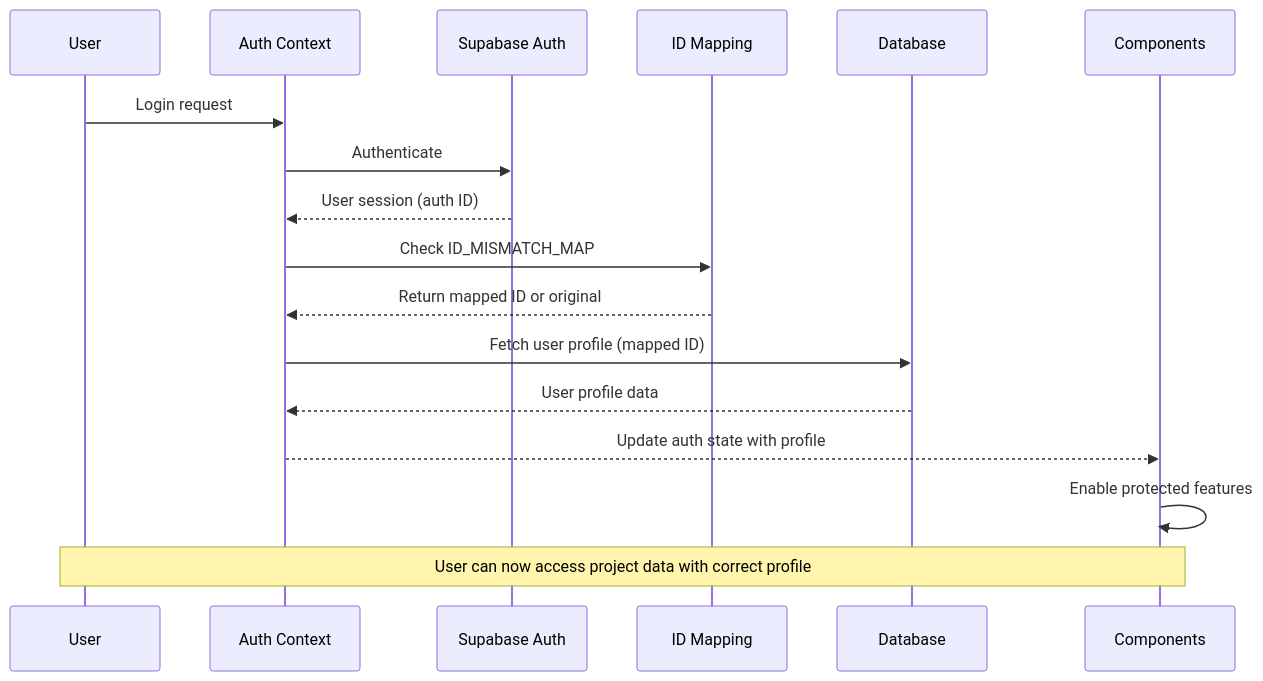
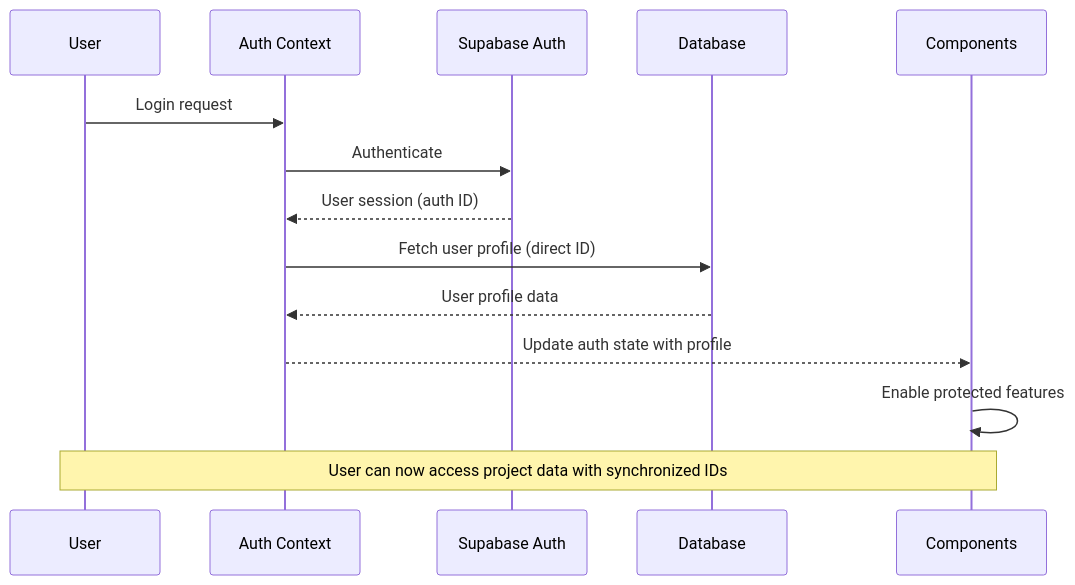
One commit to tongvtdan/apillis-mfg changed the tenth of 10 diagrams in docs/project-management-system/component-architecture.md. Above: the diagram before and after it, drawn with Mermaid. The commit also changed other lines of this file and 23 other files, not shown here.

````diff
--- a/docs/project-management-system/component-architecture.md
+++ b/docs/project-management-system/component-architecture.md
@@ -390,21 +390,18 @@
 ```mermaid
 sequenceDiagram
     participant U as User
     participant A as Auth Context
     participant S as Supabase Auth
-    participant M as ID Mapping
     participant DB as Database
     participant C as Components
     
     U->>A: Login request
     A->>S: Authenticate
     S-->>A: User session (auth ID)
-    A->>M: Check ID_MISMATCH_MAP
-    M-->>A: Return mapped ID or original
-    A->>DB: Fetch user profile (mapped ID)
+    A->>DB: Fetch user profile (direct ID)
     DB-->>A: User profile data
     A-->>C: Update auth state with profile
     C->>C: Enable protected features
     
-    Note over U,C: User can now access project data with correct profile
+    Note over U,C: User can now access project data with synchronized IDs
 ```
````
